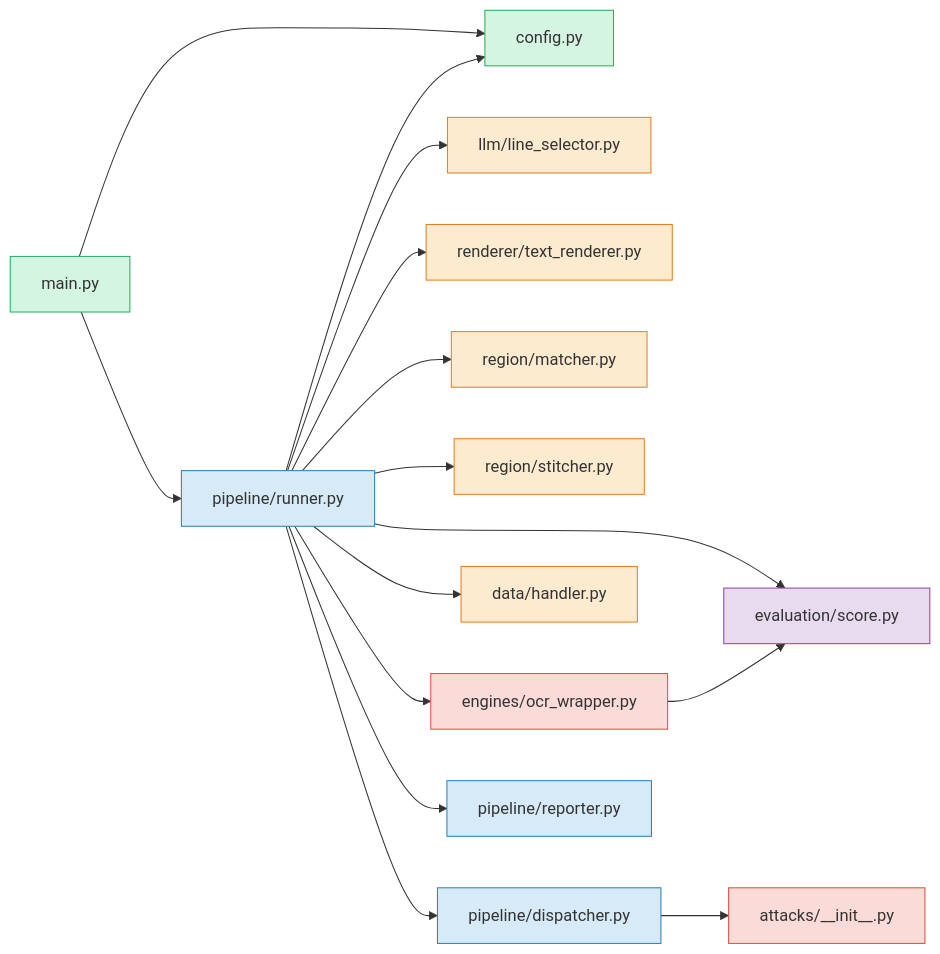
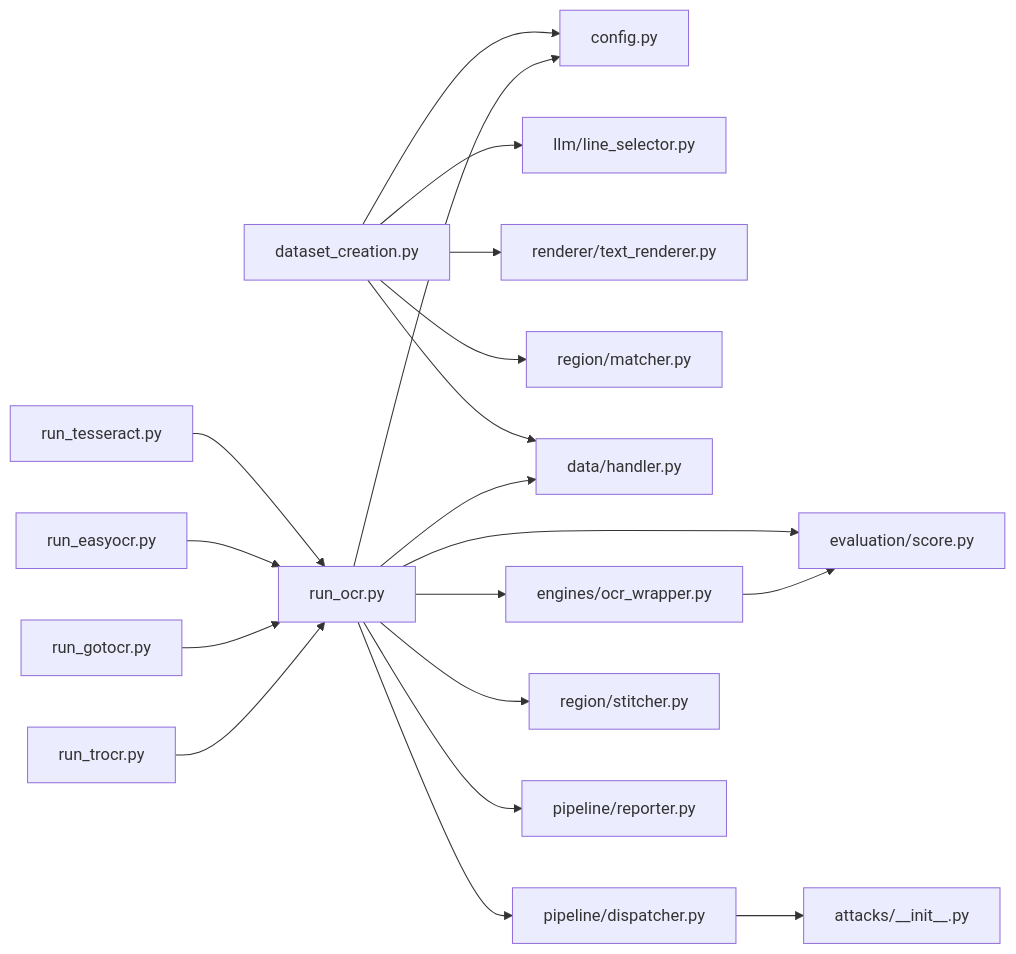
Before and after one commit to emorysalaun/AIRRI: the second of 3 diagrams in adversarial/README.md, drawn with Mermaid. The commit also changed other lines of this file and 2 other files, not shown here.

````diff
--- a/adversarial/README.md
+++ b/adversarial/README.md
@@ -82,31 +71,24 @@
 ```mermaid
 flowchart LR
-    main["main.py"] --> config["config.py"]
-    main --> runner["pipeline/runner.py"]
-    runner --> config
-    runner --> llm["llm/line_selector.py"]
-    runner --> renderer["renderer/text_renderer.py"]
-    runner --> matcher["region/matcher.py"]
-    runner --> stitcher["region/stitcher.py"]
-    runner --> wrapper["engines/ocr_wrapper.py"]
-    runner --> handler["data/handler.py"]
-    runner --> dispatcher["pipeline/dispatcher.py"]
-    runner --> reporter["pipeline/reporter.py"]
-    runner --> score["evaluation/score.py"]
+    dataset["dataset_creation.py"] --> config["config.py"]
+    dataset --> llm["llm/line_selector.py"]
+    dataset --> renderer["renderer/text_renderer.py"]
+    dataset --> matcher["region/matcher.py"]
+    dataset --> handler["data/handler.py"]
+
+    run_ocr["run_ocr.py"] --> config
+    run_ocr --> handler
+    run_ocr --> wrapper["engines/ocr_wrapper.py"]
+    run_ocr --> dispatcher["pipeline/dispatcher.py"]
+    run_ocr --> stitcher["region/stitcher.py"]
+    run_ocr --> reporter["pipeline/reporter.py"]
+    run_ocr --> score["evaluation/score.py"]
+
+    run_tess["run_tesseract.py"] --> run_ocr
+    run_easy["run_easyocr.py"] --> run_ocr
+    run_got["run_gotocr.py"] --> run_ocr
+    run_tr["run_trocr.py"] --> run_ocr
+
     dispatcher --> attacks["attacks/__init__.py"]
     wrapper --> score
-
-    style main fill:#d5f5e3,stroke:#27ae60
-    style runner fill:#d6eaf8,stroke:#2980b9
-    style llm fill:#fdebd0,stroke:#e67e22
-    style renderer fill:#fdebd0,stroke:#e67e22
-    style matcher fill:#fdebd0,stroke:#e67e22
-    style stitcher fill:#fdebd0,stroke:#e67e22
-    style wrapper fill:#fadbd8,stroke:#e74c3c
-    style attacks fill:#fadbd8,stroke:#e74c3c
-    style dispatcher fill:#d6eaf8,stroke:#2980b9
-    style reporter fill:#d6eaf8,stroke:#2980b9
-    style handler fill:#fdebd0,stroke:#e67e22
-    style score fill:#e8daef,stroke:#8e44ad
-    style config fill:#d5f5e3,stroke:#27ae60
 ```
````
